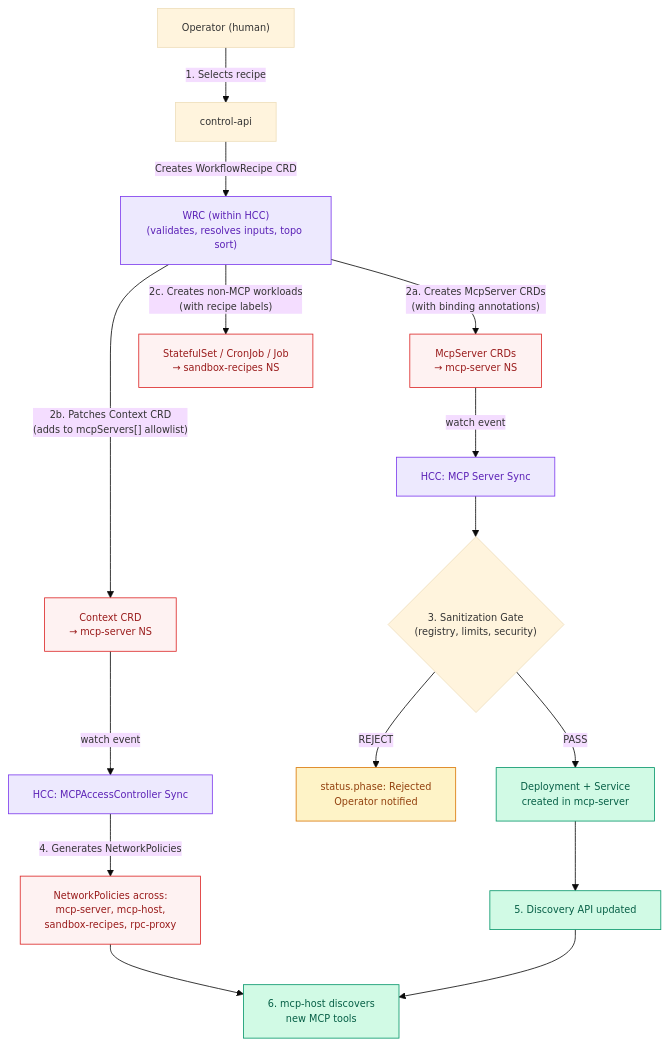
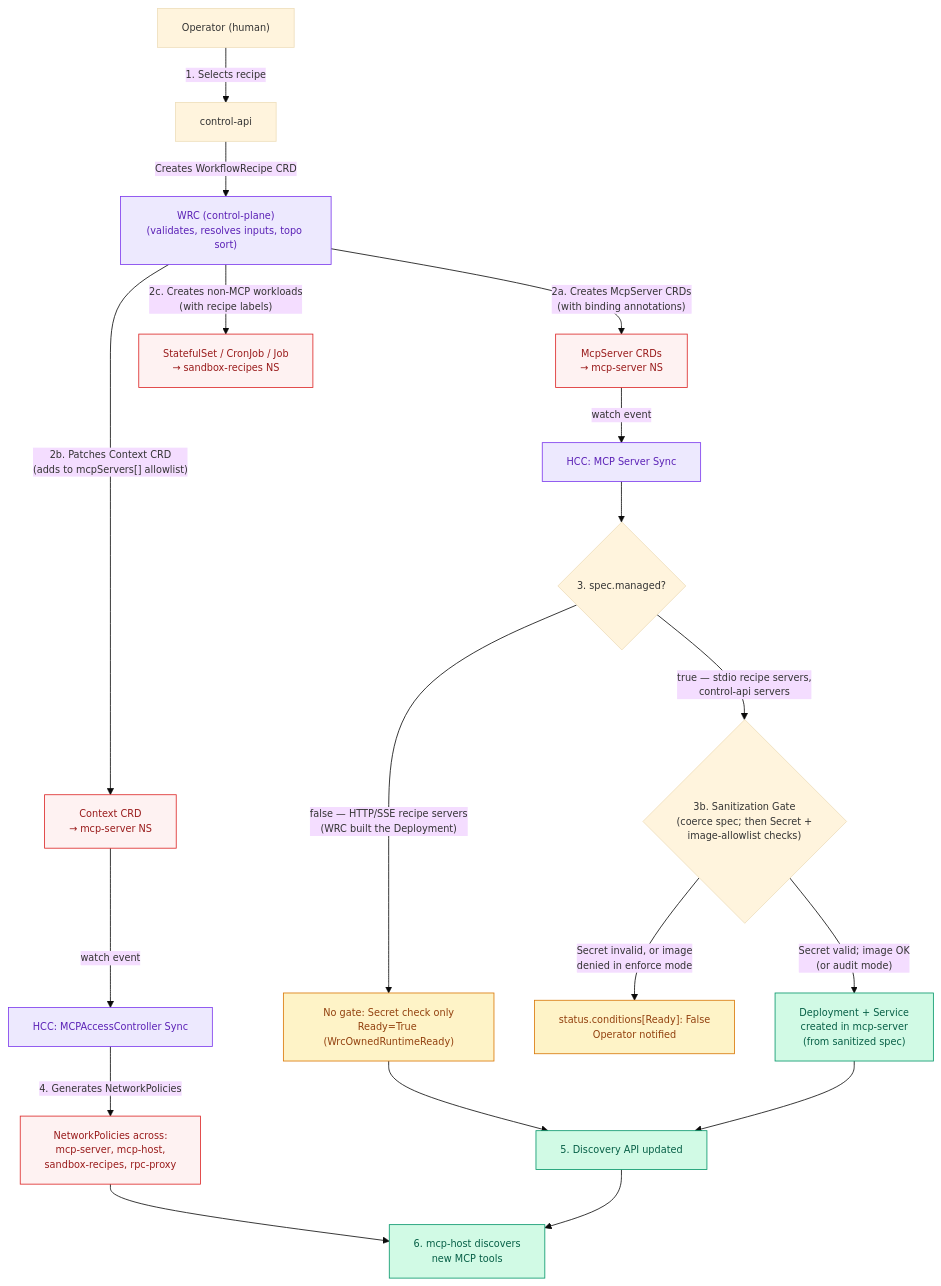
The seventh of 11 diagrams in docs/architecture/platform-topology.md (evenfire-ai/evenfire), drawn with Mermaid before and after one commit. The commit also changed other lines of this file and 20 other files, not shown here.

````diff
--- a/docs/architecture/platform-topology.md
+++ b/docs/architecture/platform-topology.md
@@ -482,32 +512,35 @@
 ```mermaid
 %%{init: {'theme':'base', 'themeVariables': {'fontSize':'12px'}}}%%
 flowchart TD
     OP["Operator (human)"]
     OP -->|"1. Selects recipe"| API["control-api"]
-    API -->|"Creates WorkflowRecipe CRD"| WRC["WRC (within HCC)<br/>(validates, resolves inputs, topo sort)"]
+    API -->|"Creates WorkflowRecipe CRD"| WRC["WRC (control-plane)<br/>(validates, resolves inputs, topo sort)"]
 
     WRC -->|"2a. Creates McpServer CRDs<br/>(with binding annotations)"| MCS["McpServer CRDs<br/>→ mcp-server NS"]
     WRC -->|"2b. Patches Context CRD<br/>(adds to mcpServers[] allowlist)"| CTX["Context CRD<br/>→ mcp-server NS"]
     WRC -->|"2c. Creates non-MCP workloads<br/>(with recipe labels)"| SB["StatefulSet / CronJob / Job<br/>→ sandbox-recipes NS"]
 
     MCS -->|"watch event"| HCCS["HCC: MCP Server Sync"]
-    HCCS --> GATE{"3. Sanitization Gate<br/>(registry, limits, security)"}
-    GATE -->|"PASS"| DEPLOY["Deployment + Service<br/>created in mcp-server"]
-    GATE -->|"REJECT"| REJ["status.phase: Rejected<br/>Operator notified"]
+    HCCS --> MGD{"3. spec.managed?"}
+    MGD -->|"false — HTTP/SSE recipe servers<br/>(WRC built the Deployment)"| WRCOWN["No gate: Secret check only<br/>Ready=True (WrcOwnedRuntimeReady)"]
+    MGD -->|"true — stdio recipe servers,<br/>control-api servers"| GATE{"3b. Sanitization Gate<br/>(coerce spec; then Secret +<br/>image-allowlist checks)"}
+    GATE -->|"Secret valid; image OK<br/>(or audit mode)"| DEPLOY["Deployment + Service<br/>created in mcp-server<br/>(from sanitized spec)"]
+    GATE -->|"Secret invalid, or image<br/>denied in enforce mode"| REJ["status.conditions[Ready]: False<br/>Operator notified"]
+    WRCOWN --> DISC
 
     CTX -->|"watch event"| HCCA["HCC: MCPAccessController Sync"]
     HCCA -->|"4. Generates NetworkPolicies"| NP["NetworkPolicies across:<br/>mcp-server, mcp-host,<br/>sandbox-recipes, rpc-proxy"]
 
     DEPLOY --> DISC["5. Discovery API updated"]
     NP --> AGENT["6. mcp-host discovers<br/>new MCP tools"]
     DISC --> AGENT
 
     classDef deny fill:#FEF2F2,stroke:#DC2626,color:#991B1B
     classDef ctrl fill:#EDE9FE,stroke:#7C3AED,color:#5B21B6
     classDef ok fill:#D1FAE5,stroke:#059669,color:#065F46
     classDef bad fill:#FEF3C7,stroke:#D97706,color:#92400E
     class MCS,CTX,SB,NP deny
     class WRC,HCCS,HCCA ctrl
     class DEPLOY,DISC,AGENT ok
-    class REJ bad
+    class REJ,WRCOWN bad
 ```
````
